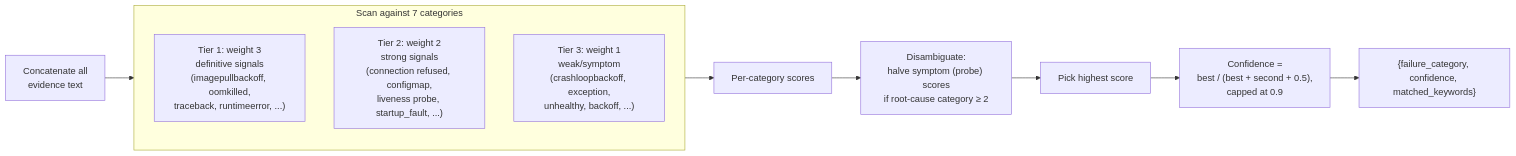
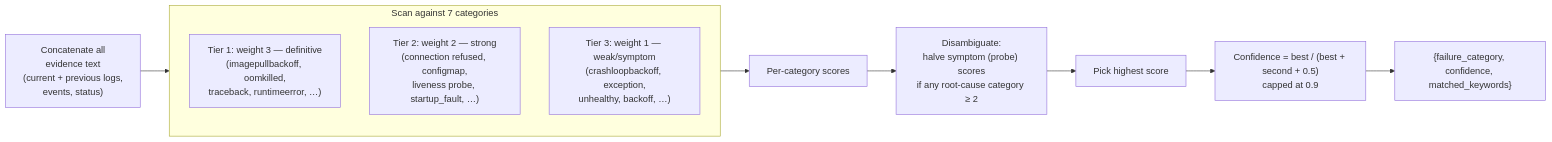
The ninth of 18 diagrams in docs/Technical-Documentation.md (1hirak/k8s-llm-incident-analyser-v2), drawn with Mermaid before and after one commit. The commit also changed other lines of this file and 3 other files, not shown here.

````diff
--- a/docs/Technical-Documentation.md
+++ b/docs/Technical-Documentation.md
@@ -1301,14 +1489,14 @@
 ```mermaid
 flowchart LR
-    Text["Concatenate all\nevidence text"] --> Scan
+    Text["Concatenate all<br>evidence text<br>(current + previous logs,<br>events, status)"] --> Scan
     subgraph Scan["Scan against 7 categories"]
-        Tier1["Tier 1: weight 3\ndefinitive signals\n(imagepullbackoff, oomkilled,\ntraceback, runtimeerror, ...)"]
-        Tier2["Tier 2: weight 2\nstrong signals\n(connection refused, configmap,\nliveness probe, startup_fault, ...)"]
-        Tier3["Tier 3: weight 1\nweak/symptom\n(crashloopbackoff, exception,\nunhealthy, backoff, ...)"]
+        Tier1["Tier 1: weight 3 — definitive<br>(imagepullbackoff, oomkilled,<br>traceback, runtimeerror, …)"]
+        Tier2["Tier 2: weight 2 — strong<br>(connection refused, configmap,<br>liveness probe, startup_fault, …)"]
+        Tier3["Tier 3: weight 1 — weak/symptom<br>(crashloopbackoff, exception,<br>unhealthy, backoff, …)"]
     end
     Scan --> Scores["Per-category scores"]
-    Scores --> Disamb["Disambiguate:\nhalve symptom (probe) scores\nif root-cause category ≥ 2"]
+    Scores --> Disamb["Disambiguate:<br>halve symptom (probe) scores<br>if any root-cause category ≥ 2"]
     Disamb --> Pick["Pick highest score"]
-    Pick --> Conf["Confidence =\nbest / (best + second + 0.5),\ncapped at 0.9"]
+    Pick --> Conf["Confidence = best / (best + second + 0.5)<br>capped at 0.9"]
     Conf --> Out["{failure_category, confidence, matched_keywords}"]
 ```
````
